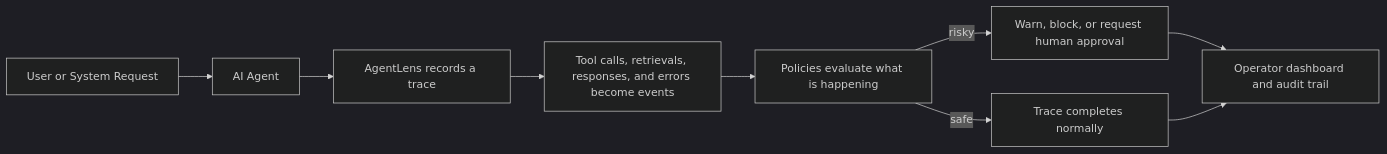
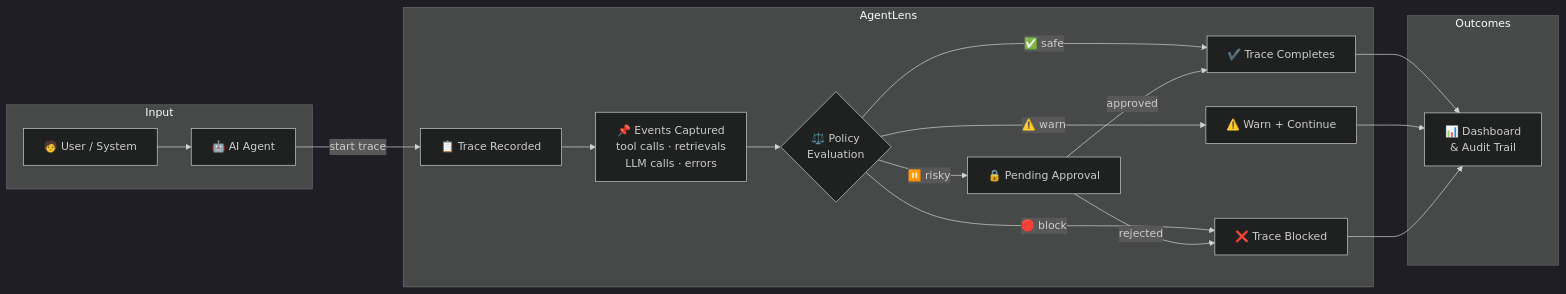
The first of 2 diagrams in README.md (ayushanandhere/AgentLens), drawn with Mermaid (dark theme) before and after one commit. The commit also changed other lines of this file, not shown here.

Commit message:
Update architecture diagrams

````diff
--- a/README.md
+++ b/README.md
@@ -64,11 +64,24 @@
 ```mermaid
 flowchart LR
-    User["User or System Request"] --> Agent["AI Agent"]
-    Agent --> Trace["AgentLens records a trace"]
-    Trace --> Events["Tool calls, retrievals, responses, and errors become events"]
-    Events --> Policies["Policies evaluate what is happening"]
-    Policies -->|safe| Complete["Trace completes normally"]
-    Policies -->|risky| Review["Warn, block, or request human approval"]
-    Review --> Dashboard["Operator dashboard and audit trail"]
-    Complete --> Dashboard
+    subgraph Input
+        A["🧑 User / System"] --> B["🤖 AI Agent"]
+    end
+
+    subgraph AgentLens
+        B -->|"start trace"| C["📋 Trace Recorded"]
+        C --> D["📌 Events Captured\n tool calls · retrievals\n LLM calls · errors"]
+        D --> E{"⚖️ Policy\nEvaluation"}
+        E -->|"✅ safe"| F["✔️ Trace Completes"]
+        E -->|"⚠️ warn"| G["⚠️ Warn + Continue"]
+        E -->|"🛑 block"| H["❌ Trace Blocked"]
+        E -->|"⏸️ risky"| I["🔒 Pending Approval"]
+        I -->|"approved"| F
+        I -->|"rejected"| H
+    end
+
+    subgraph Outcomes
+        F --> J["📊 Dashboard\n& Audit Trail"]
+        G --> J
+        H --> J
+    end
 ```
````
